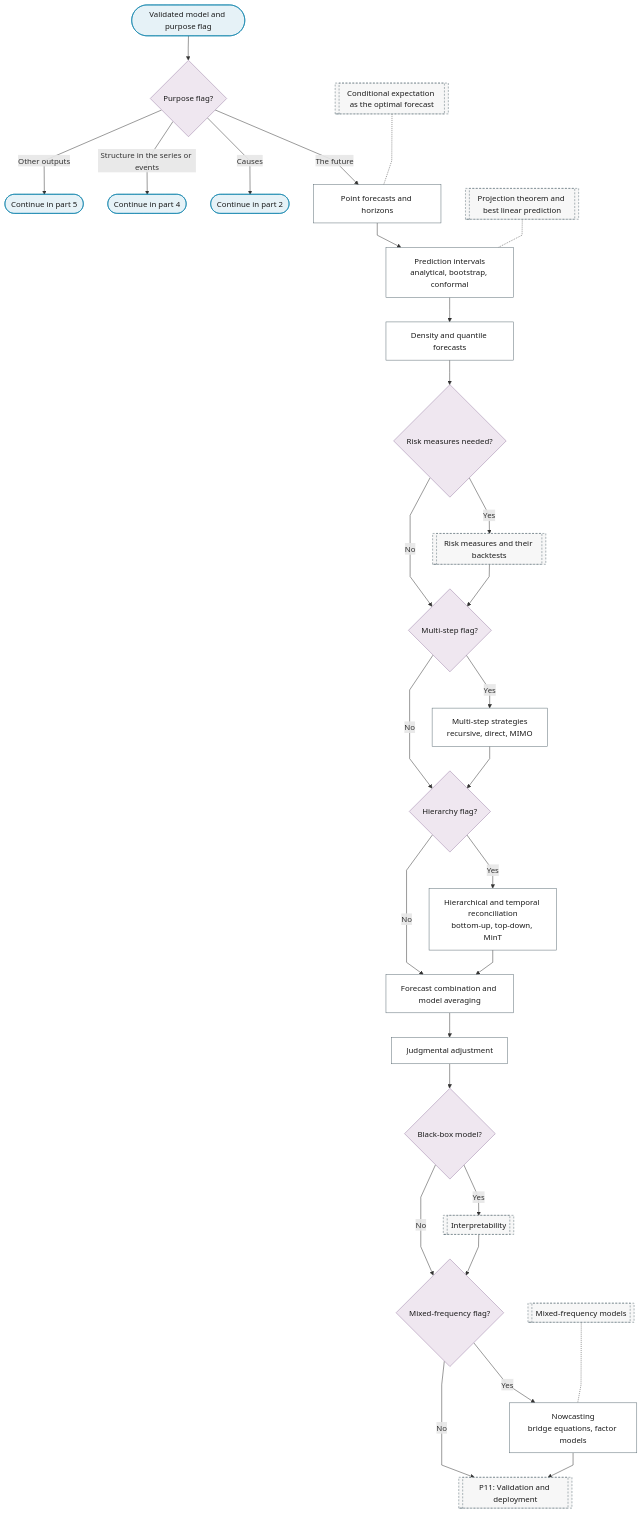
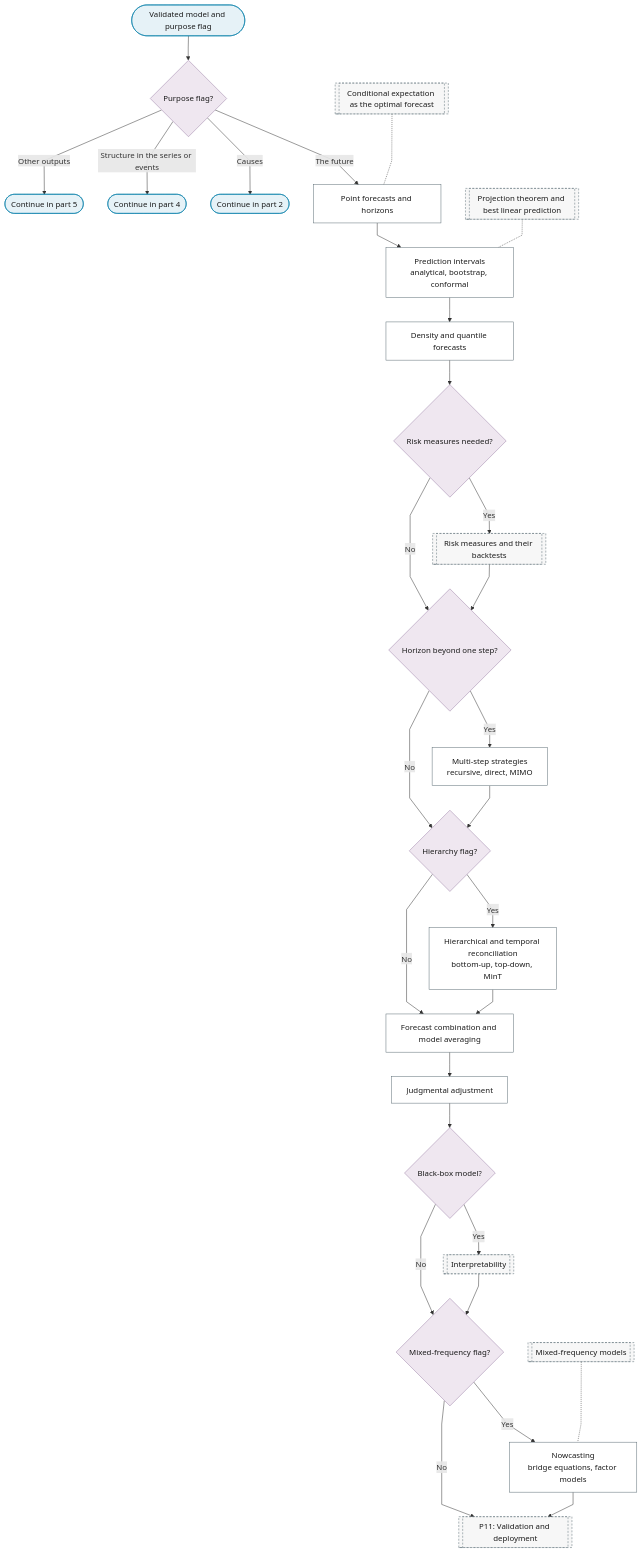
Before and after one commit to Shuxin-Y/time-series-analysis-manual: the first of 5 diagrams in docs/01-workflow/p10-inference.md, drawn with Mermaid. The commit also changed 3 other files, not shown here.

First line of the commit message:
fix(flowchart): P10 asks the horizon itself; purpose charts define no flags (rev1 R4-1)

````diff
--- a/docs/01-workflow/p10-inference.md
+++ b/docs/01-workflow/p10-inference.md
@@ -11,44 +11,44 @@
 ```mermaid
 %%{init: {"flowchart": {"curve": "linear"}}}%%
 graph TD
     P10_IN(["Validated model and purpose flag"]) --> P10_PURPOSE{"Purpose flag?"}
     P10_PURPOSE -->|"The future"| P10_POINT_FORECASTS["Point forecasts and horizons"]
     P10_PURPOSE -->|"Causes"| P10_TO_PART_2(["Continue in part 2"])
     P10_PURPOSE -->|"Structure in the series or events"| P10_TO_PART_4(["Continue in part 4"])
     P10_PURPOSE -->|"Other outputs"| P10_TO_PART_5(["Continue in part 5"])
     P10_POINT_FORECASTS --> P10_INTERVALS["Prediction intervals<br/>analytical, bootstrap, conformal"]
     P10_INTERVALS --> P10_DENSITY_QUANTILE["Density and quantile forecasts"]
     P10_DENSITY_QUANTILE --> P10_RISK{"Risk measures needed?"}
     P10_RISK -->|"Yes"| P10_RISK_MEASURES[["Risk measures and their backtests"]]
     P10_RISK -->|"No"| P10_MULTISTEP_Q
-    P10_RISK_MEASURES --> P10_MULTISTEP_Q{"Multi-step flag?"}
+    P10_RISK_MEASURES --> P10_MULTISTEP_Q{"Horizon beyond one step?"}
     P10_MULTISTEP_Q -->|"Yes"| P10_MULTISTEP["Multi-step strategies<br/>recursive, direct, MIMO"]
     P10_MULTISTEP_Q -->|"No"| P10_HIERARCHY
     P10_MULTISTEP --> P10_HIERARCHY{"Hierarchy flag?"}
     P10_HIERARCHY -->|"Yes"| P10_RECONCILIATION["Hierarchical and temporal reconciliation<br/>bottom-up, top-down, MinT"]
     P10_HIERARCHY -->|"No"| P10_COMBINATION
     P10_RECONCILIATION --> P10_COMBINATION["Forecast combination and model averaging"]
     P10_COMBINATION --> P10_JUDGMENTAL["Judgmental adjustment"]
     P10_JUDGMENTAL --> P10_BLACK_BOX{"Black-box model?"}
     P10_BLACK_BOX -->|"Yes"| P10_INTERPRETABILITY[["Interpretability"]]
     P10_BLACK_BOX -->|"No"| P10_MIXED
     P10_INTERPRETABILITY --> P10_MIXED{"Mixed-frequency flag?"}
     P10_MIXED -->|"Yes"| P10_NOWCASTING["Nowcasting<br/>bridge equations, factor models"]
     P10_MIXED -->|"No"| P11
     P10_NOWCASTING --> P11[["P11: Validation and deployment"]]
     F_CONDITIONAL_EXPECTATION[["Conditional expectation as the optimal forecast"]] -.- P10_POINT_FORECASTS
     F_PROJECTION[["Projection theorem and best linear prediction"]] -.- P10_INTERVALS
     P6_MIXED_FREQUENCY[["Mixed-frequency models"]] -.- P10_NOWCASTING
     class P10_IN,P10_TO_PART_2,P10_TO_PART_4,P10_TO_PART_5 terminator
     class P10_PURPOSE,P10_RISK,P10_MULTISTEP_Q,P10_HIERARCHY,P10_BLACK_BOX,P10_MIXED decision
     class P10_POINT_FORECASTS,P10_INTERVALS,P10_DENSITY_QUANTILE,P10_MULTISTEP,P10_RECONCILIATION,P10_COMBINATION,P10_JUDGMENTAL,P10_NOWCASTING process
     class P10_RISK_MEASURES,P10_INTERPRETABILITY,P11,F_CONDITIONAL_EXPECTATION,F_PROJECTION,P6_MIXED_FREQUENCY ref
     classDef terminator fill:#E6F2F7,stroke:#007BA7,color:#1A1A1A;
     classDef process fill:#FFFFFF,stroke:#5A6B73,color:#1A1A1A;
     classDef decision fill:#EFE7F0,stroke:#9B7FA7,color:#1A1A1A;
     classDef data fill:#FFF4E0,stroke:#C9A55E,color:#1A1A1A;
     classDef good fill:#DCEFD8,stroke:#4A7A3F,color:#1A1A1A;
     classDef escalate fill:#FFE9C2,stroke:#C9A55E,color:#1A1A1A;
     classDef problem fill:#F2D9DE,stroke:#800020,color:#1A1A1A;
     classDef ref fill:#F7F7F7,stroke:#5A6B73,color:#1A1A1A,stroke-dasharray:4 3;
 ```
````
